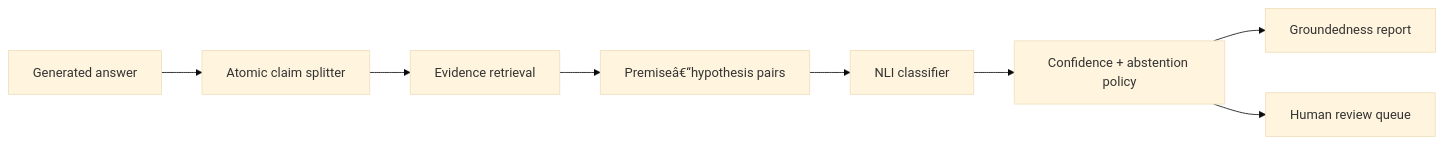
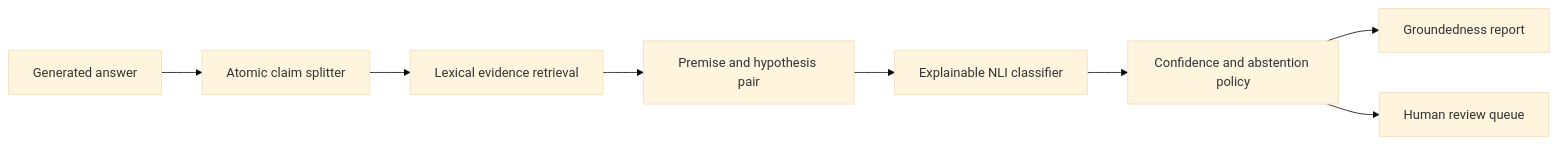
The diagram in README.md (Saroswat/explainable-nli-hallucination-verifier), drawn with Mermaid (base theme) before and after one commit. The commit also changed other lines of this file and 10 other files, not shown here.

````diff
--- a/README.md
+++ b/README.md
@@ -20,10 +100,10 @@
 ```mermaid
 flowchart LR
     A["Generated answer"] --> B["Atomic claim splitter"]
-    B --> C["Evidence retrieval"]
-    C --> D["Premiseâ€“hypothesis pairs"]
-    D --> E["NLI classifier"]
-    E --> F["Confidence + abstention policy"]
+    B --> C["Lexical evidence retrieval"]
+    C --> D["Premise and hypothesis pair"]
+    D --> E["Explainable NLI classifier"]
+    E --> F["Confidence and abstention policy"]
     F --> G["Groundedness report"]
     F --> H["Human review queue"]
 ```
````
